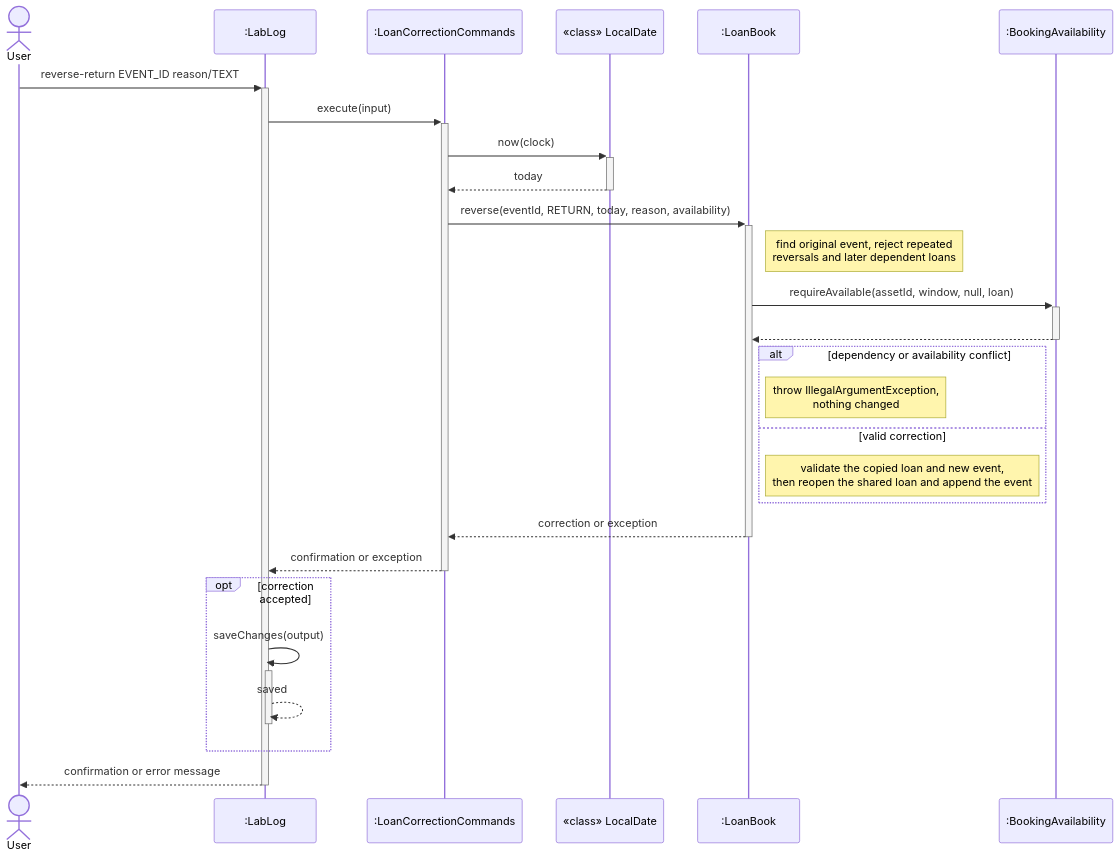
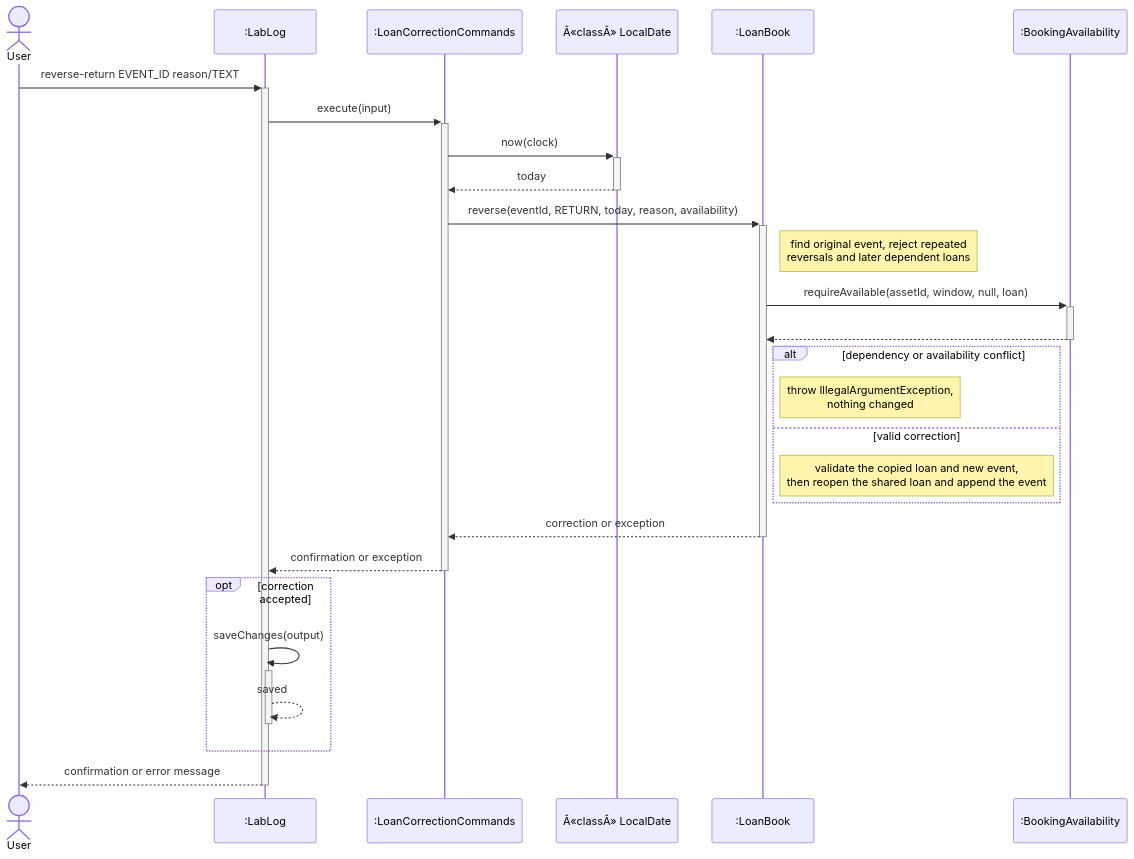
Before and after one commit to AY2627S1-CS2113-W13-3/tp: diagram 19 of 21 in docs/DeveloperGuide.md, drawn with Mermaid. The commit also changed other lines of this file and 6 other files, not shown here.

````diff
--- a/docs/DeveloperGuide.md
+++ b/docs/DeveloperGuide.md
@@ -1636,29 +1636,29 @@
 ```mermaid
 sequenceDiagram
     actor User
     participant App as :LabLog
     participant Command as :LoanCorrectionCommands
-    participant Date as «class» LocalDate
+    participant Date as Â«classÂ» LocalDate
     participant Book as :LoanBook
     participant Policy as :BookingAvailability
     User->>+App: reverse-return EVENT_ID reason/TEXT
     App->>+Command: execute(input)
     Command->>+Date: now(clock)
     Date-->>-Command: today
     Command->>+Book: reverse(eventId, RETURN, today, reason, availability)
     Note right of Book: find original event, reject repeated<br/>reversals and later dependent loans
     Book->>+Policy: requireAvailable(assetId, window, null, loan)
     Policy-->>-Book: #nbsp;
     alt dependency or availability conflict
         Note right of Book: throw IllegalArgumentException,<br/>nothing changed
     else valid correction
         Note right of Book: validate the copied loan and new event,<br/>then reopen the shared loan and append the event
     end
     Book-->>-Command: correction or exception
     Command-->>-App: confirmation or exception
     opt correction accepted
         App->>+App: saveChanges(output)
         App-->>-App: saved
     end
     App-->>-User: confirmation or error message
 ```
````
